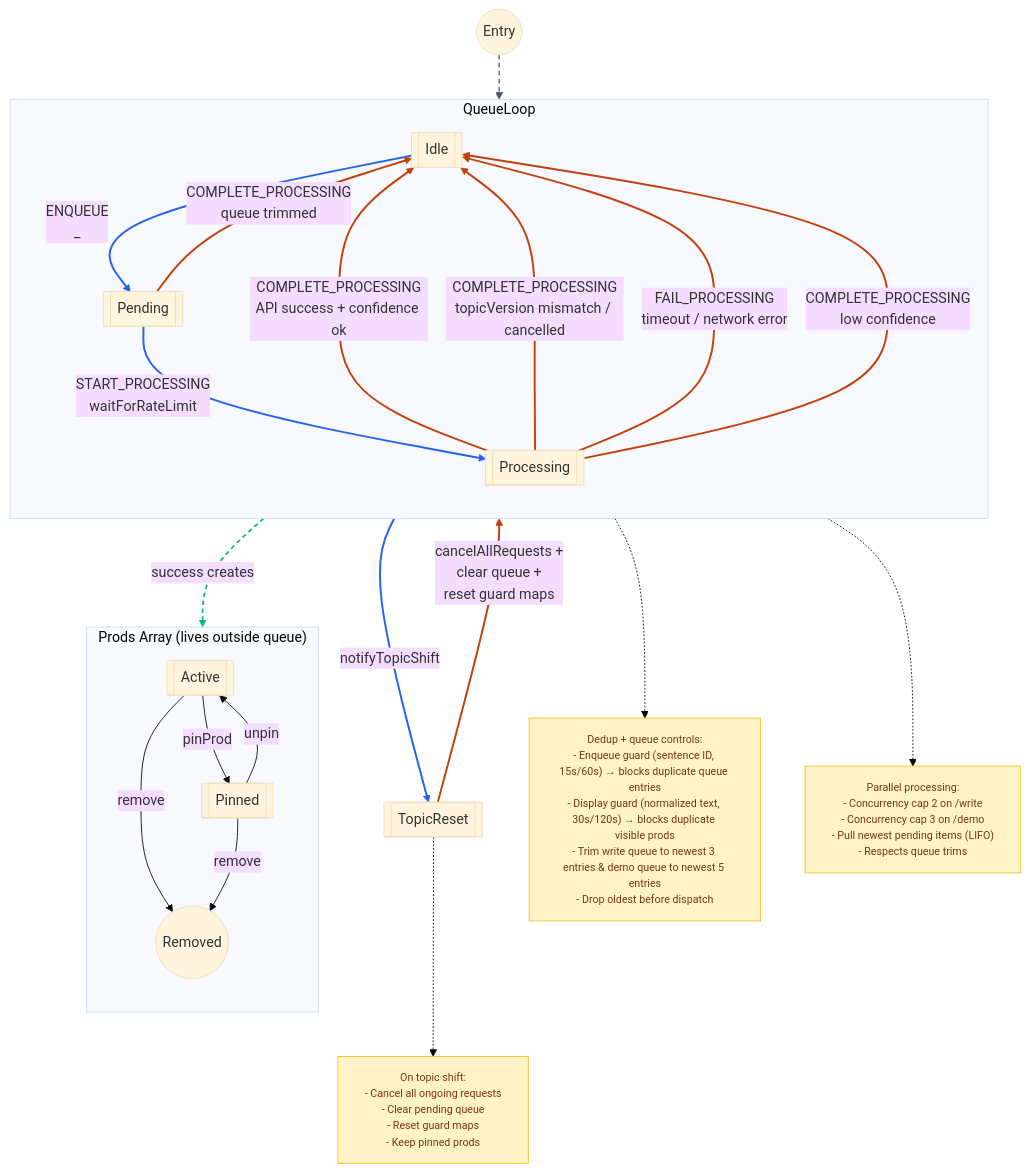
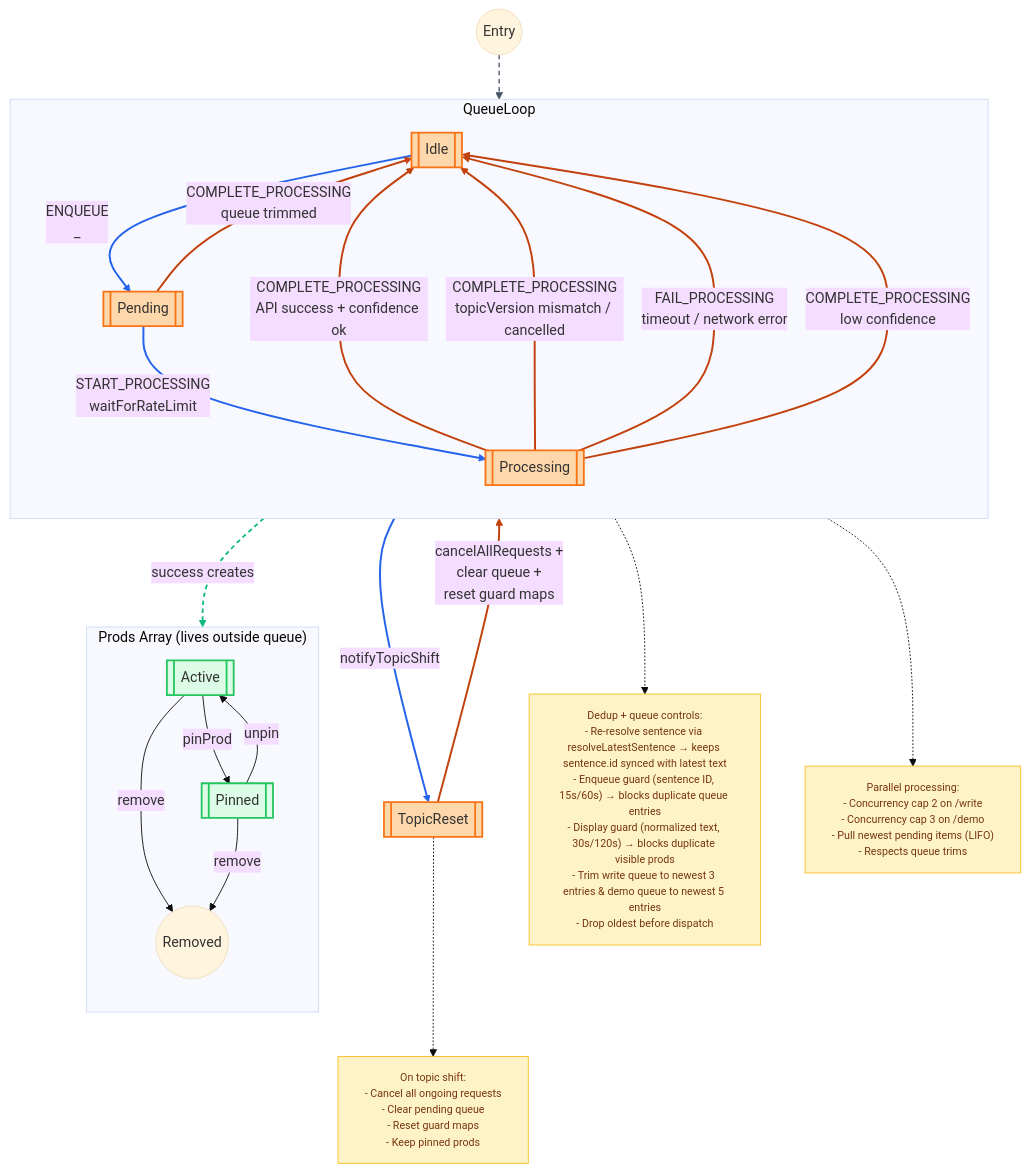
Before and after one commit to andreicstoica/refract: the diagram in docs/diagrams/prod-queue.mmd, drawn with Mermaid (base theme). The commit also changed 4 other files, not shown here.

```diff
--- a/docs/diagrams/prod-queue.mmd
+++ b/docs/diagrams/prod-queue.mmd
@@ -1,51 +1,56 @@
 flowchart TB
-  classDef note fill:#fef3c7,color:#78350f,stroke:#fbbf24,font-size:12px;
+  classDef note fill:#fef3c7,color:#78350f,stroke:#fbbf24,font-size:12px
+  classDef queueClass fill:#fed7aa,stroke:#f97316,stroke-width:2px
+  classDef stateClass fill:#dcfce7,stroke:#22c55e,stroke-width:2px
 
   subgraph QueueLoop [QueueLoop]
     direction TB
     Idle[[Idle]]
     Pending[[Pending]]
     Processing[[Processing]]
   end
 
   TopicReset[[TopicReset]]
 
   Entry((Entry)) --> Idle
   Idle -->|ENQUEUE<br>_| Pending
   Pending -->|COMPLETE_PROCESSING<br>queue trimmed| Idle
   Pending -->|START_PROCESSING<br>waitForRateLimit| Processing
   Processing -->|COMPLETE_PROCESSING<br>API success + confidence ok| Idle
   Processing -->|COMPLETE_PROCESSING<br>topicVersion mismatch / cancelled| Idle
   Processing -->|FAIL_PROCESSING<br>timeout / network error| Idle
   Processing -->|COMPLETE_PROCESSING<br>low confidence| Idle
   Idle -->|notifyTopicShift| TopicReset
   TopicReset -->|cancelAllRequests +<br>clear queue +<br>reset guard maps| Idle
   Processing -.->|success creates| ProdsActive
 
   linkStyle 0 stroke:#475569,stroke-width:1.5px,stroke-dasharray:5 4;
   linkStyle 1 stroke:#2563eb,stroke-width:2.2px;
   linkStyle 2 stroke:#c2410c,stroke-width:2.2px;
   linkStyle 3 stroke:#2563eb,stroke-width:2.2px;
   linkStyle 4 stroke:#c2410c,stroke-width:2.2px;
   linkStyle 5 stroke:#c2410c,stroke-width:2.2px;
   linkStyle 6 stroke:#c2410c,stroke-width:2.2px;
   linkStyle 7 stroke:#c2410c,stroke-width:2.2px;
   linkStyle 8 stroke:#2563eb,stroke-width:2.2px;
   linkStyle 9 stroke:#c2410c,stroke-width:2.2px;
   linkStyle 10 stroke:#10b981,stroke-width:2px,stroke-dasharray:5 4;
 
-  Pending -.-> PendingNote["Dedup + queue controls:<br>- Enqueue guard (sentence ID, 15s/60s) → blocks duplicate queue entries<br>- Display guard (normalized text, 30s/120s) → blocks duplicate visible prods<br>- Trim write queue to newest 3 entries & demo queue to newest 5 entries<br>- Drop oldest before dispatch"]:::note
+  Pending -.-> PendingNote["Dedup + queue controls:<br>- Re-resolve sentence via resolveLatestSentence → keeps sentence.id synced with latest text<br>- Enqueue guard (sentence ID, 15s/60s) → blocks duplicate queue entries<br>- Display guard (normalized text, 30s/120s) → blocks duplicate visible prods<br>- Trim write queue to newest 3 entries & demo queue to newest 5 entries<br>- Drop oldest before dispatch"]:::note
   
   Processing -.-> ProcessingNote["Parallel processing:<br>- Concurrency cap 2 on /write<br>- Concurrency cap 3 on /demo<br>- Pull newest pending items (LIFO)<br>- Respects queue trims"]:::note
   
   TopicReset -.-> TopicNote["On topic shift:<br>- Cancel all ongoing requests<br>- Clear pending queue<br>- Reset guard maps<br>- Keep pinned prods"]:::note
 
   subgraph ProdsArray ["Prods Array (lives outside queue)"]
     direction TB
     ProdsActive[[Active]]
     ProdsPinned[[Pinned]]
     ProdsActive -->|pinProd| ProdsPinned
     ProdsPinned -->|unpin| ProdsActive
     ProdsActive -->|remove| ProdsEnd((Removed))
     ProdsPinned -->|remove| ProdsEnd
   end
+  
+  class Idle,Pending,Processing,TopicReset queueClass
+  class ProdsActive,ProdsPinned stateClass
```
